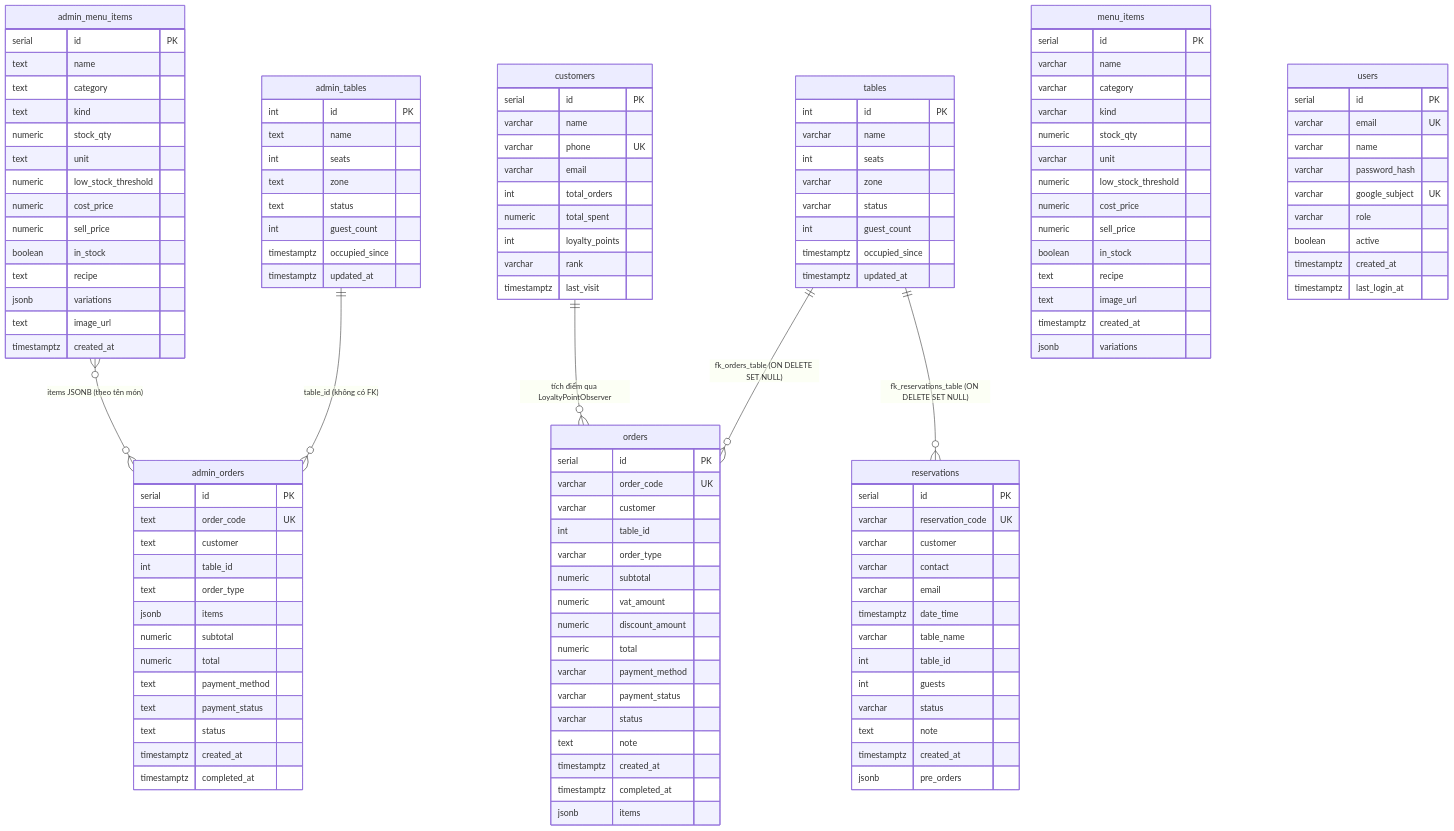
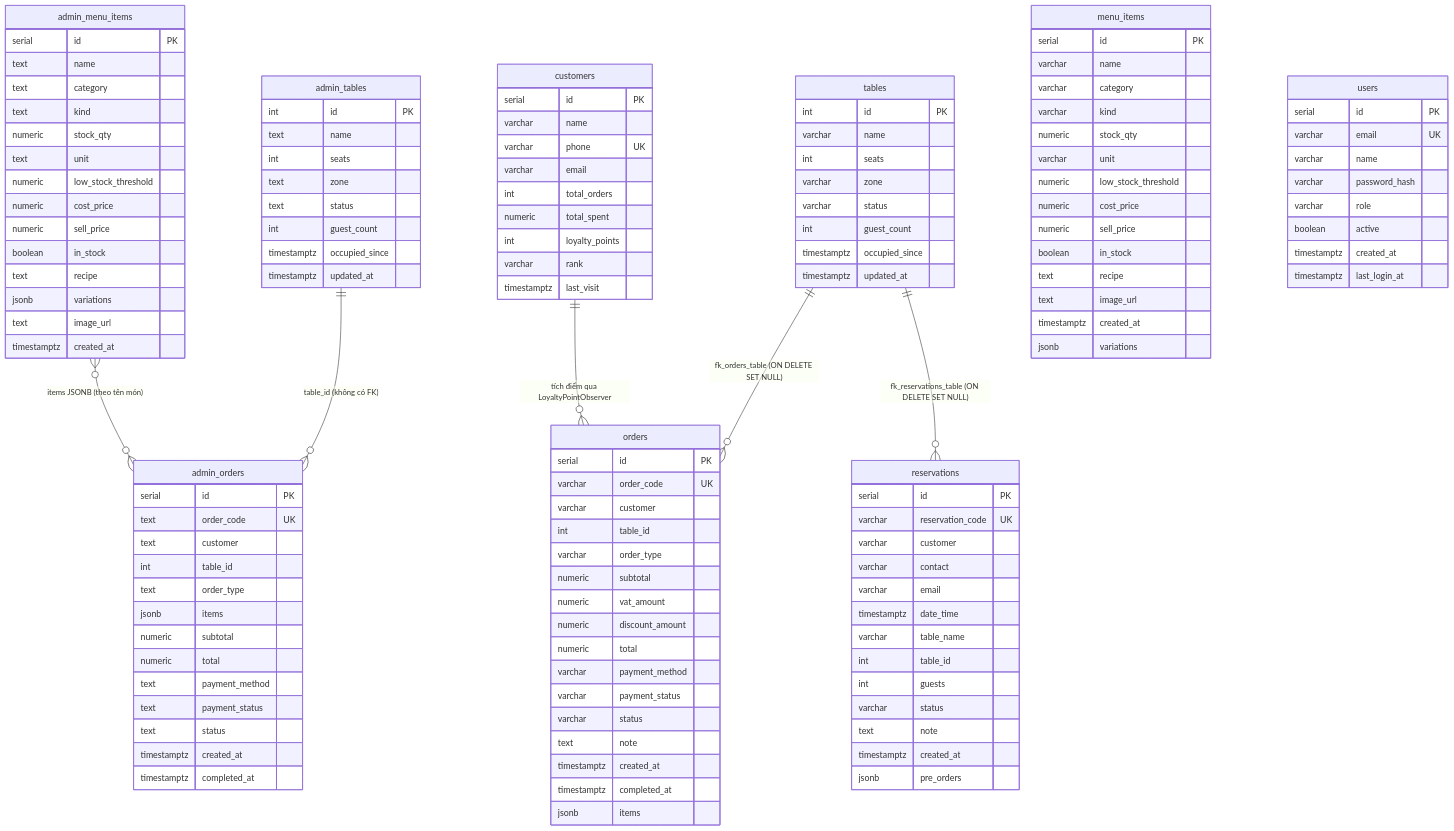
One commit to HubertPhung/WebQuanLyQuanCafe-DesignPatterns changed the diagram in docs/DATABASE.md. Above: the diagram before and after it, drawn with Mermaid. The commit also changed other lines of this file and 6 other files, not shown here.

```diff
--- a/docs/DATABASE.md
+++ b/docs/DATABASE.md
@@ -139,7 +139,6 @@
         varchar email UK
         varchar name
         varchar password_hash
-        varchar google_subject UK
         varchar role
         boolean active
         timestamptz created_at
```
